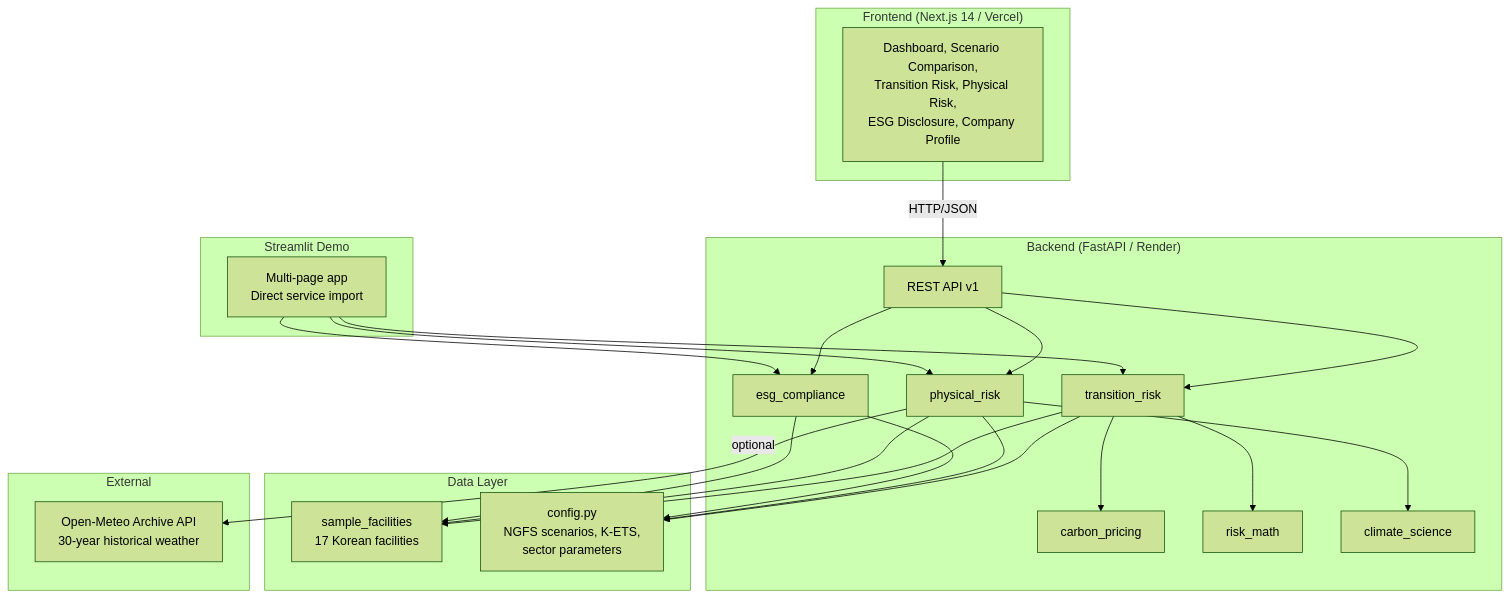
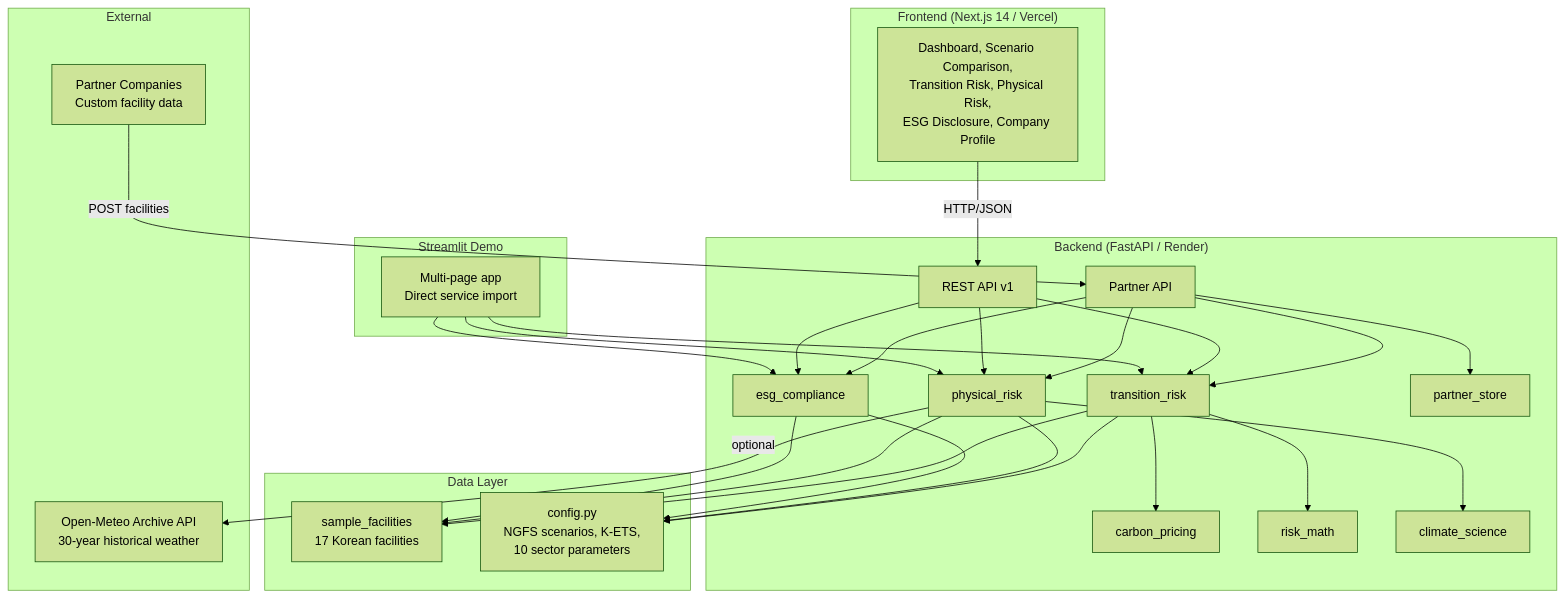
Before and after one commit to PLANiT-Institute/climate_risk: the diagram in README.md, drawn with Mermaid (forest theme). The commit also changed other lines of this file and 21 other files, not shown here.

````diff
--- a/README.md
+++ b/README.md
@@ -27,47 +29,55 @@
 ```mermaid
 graph TB
     subgraph Frontend["Frontend (Next.js 14 / Vercel)"]
         FE[Dashboard, Scenario Comparison,<br/>Transition Risk, Physical Risk,<br/>ESG Disclosure, Company Profile]
     end
 
     subgraph Backend["Backend (FastAPI / Render)"]
         API[REST API v1]
+        PA[Partner API]
         TR[transition_risk]
         PR[physical_risk]
         ESG[esg_compliance]
         CP[carbon_pricing]
         RM[risk_math]
         CS[climate_science]
+        PS[partner_store]
     end
 
     subgraph Data["Data Layer"]
         FAC[sample_facilities<br/>17 Korean facilities]
-        CFG[config.py<br/>NGFS scenarios, K-ETS,<br/>sector parameters]
+        CFG[config.py<br/>NGFS scenarios, K-ETS,<br/>10 sector parameters]
     end
 
     subgraph External["External"]
         OM[Open-Meteo Archive API<br/>30-year historical weather]
+        PART[Partner Companies<br/>Custom facility data]
     end
 
     subgraph Streamlit["Streamlit Demo"]
         ST[Multi-page app<br/>Direct service import]
     end
 
     FE -->|HTTP/JSON| API
+    PART -->|POST facilities| PA
+    PA --> PS
+    PA --> TR
+    PA --> PR
+    PA --> ESG
     API --> TR
     API --> PR
     API --> ESG
     TR --> CP
     TR --> RM
     PR --> CS
     PR -->|optional| OM
     TR --> FAC
     PR --> FAC
     ESG --> FAC
     TR --> CFG
     PR --> CFG
     ESG --> CFG
     ST --> TR
     ST --> PR
     ST --> ESG
 ```
````
